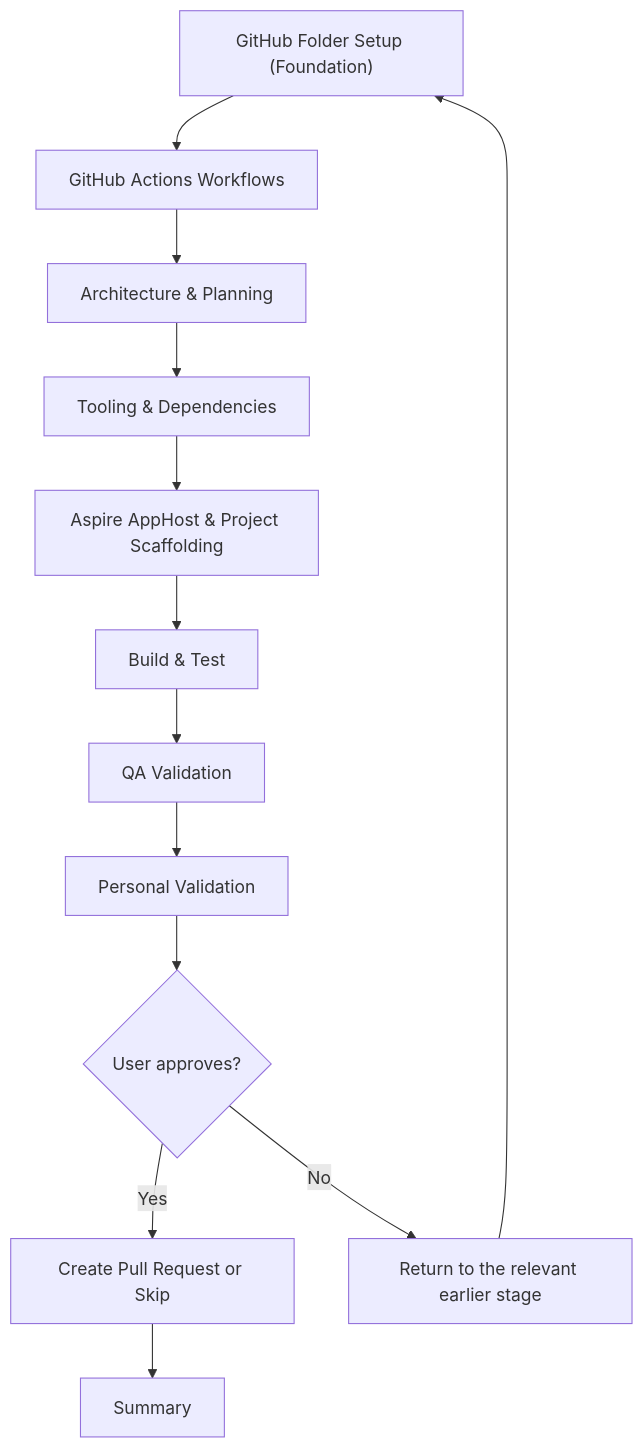
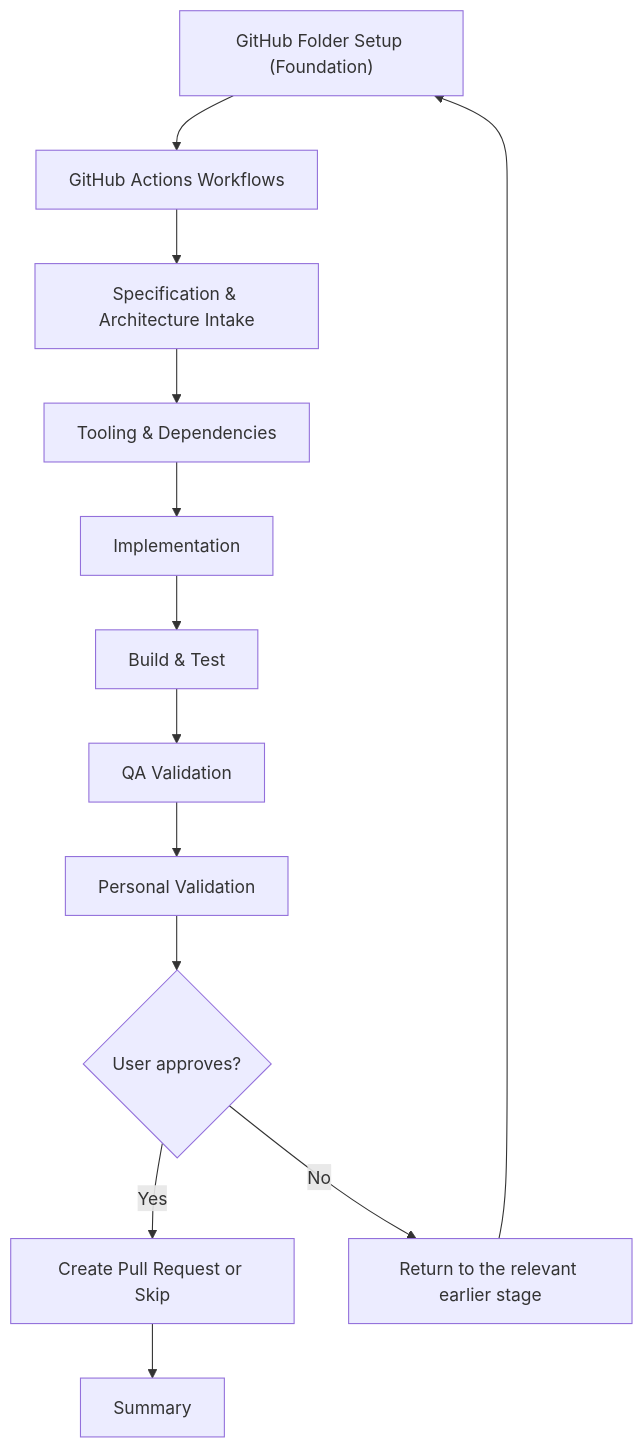
Before and after one commit to JSdotNet/Copilot: the second of 14 diagrams in plugins/copilot-app/resources/orchestration-flow-diagrams.md, drawn with Mermaid. The commit also changed other lines of this file and 19 other files, not shown here.

````diff
--- a/plugins/copilot-app/resources/orchestration-flow-diagrams.md
+++ b/plugins/copilot-app/resources/orchestration-flow-diagrams.md
@@ -27,15 +40,15 @@
 ```mermaid
 flowchart TD
     A["GitHub Folder Setup (Foundation)"] --> B["GitHub Actions Workflows"]
-    B --> C["Architecture & Planning"]
+    B --> C["Specification & Architecture Intake"]
     C --> D["Tooling & Dependencies"]
-    D --> E["Aspire AppHost & Project Scaffolding"]
+    D --> E["Implementation"]
     E --> F["Build & Test"]
     F --> G["QA Validation"]
     G --> H["Personal Validation"]
     H --> I{User approves?}
     I -->|Yes| J["Create Pull Request or Skip"]
     I -->|No| K["Return to the relevant earlier stage"]
     K --> A
     J --> L["Summary"]
 ```
````
